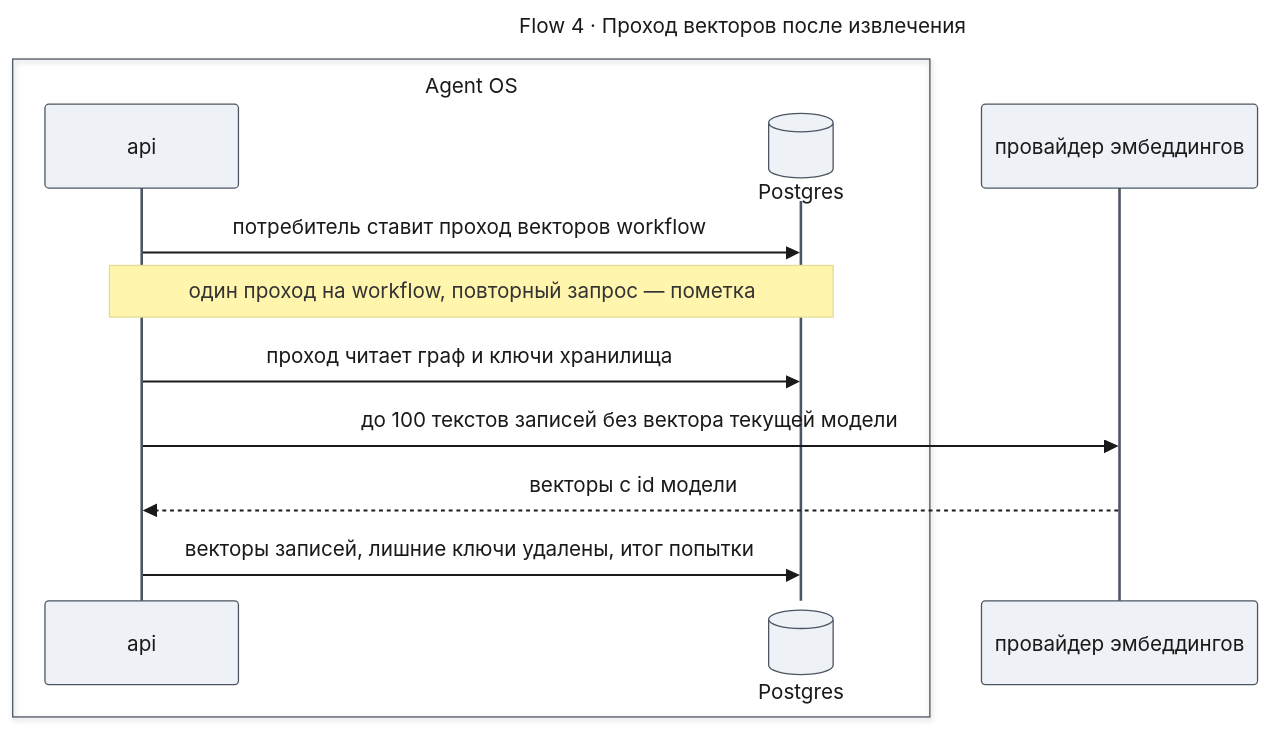
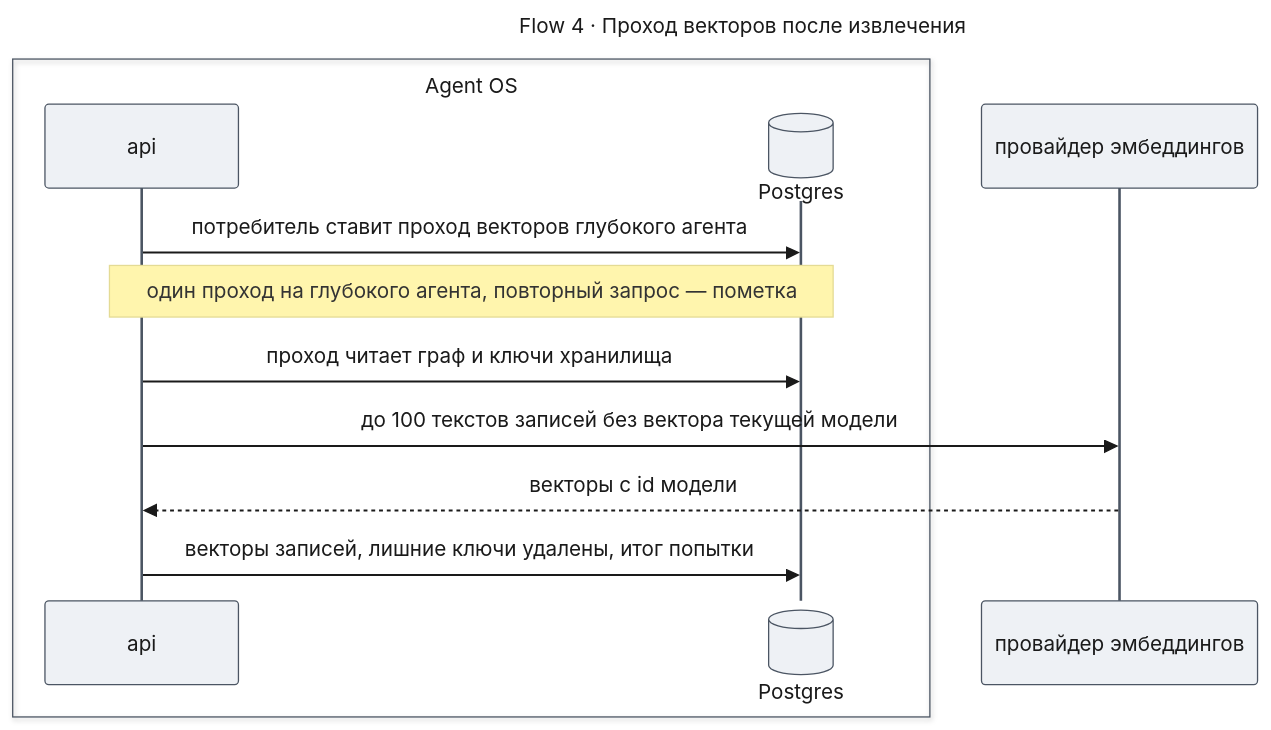
One commit to tundraray/agent-os changed the ninth of 11 diagrams in docs/features/self-learning/design-core.md. Above: the diagram before and after it, drawn with Mermaid. The commit also changed other lines of this file and 13 other files, not shown here.

````diff
--- a/docs/features/self-learning/design-core.md
+++ b/docs/features/self-learning/design-core.md
@@ -710,33 +698,33 @@
 ```mermaid
 ---
 title: "Flow 4 · Проход векторов после извлечения"
 config:
   theme: base
   look: classic
   themeVariables:
     primaryColor: "#eef1f5"
     primaryBorderColor: "#4b5563"
     primaryTextColor: "#1a1a1a"
     lineColor: "#6b7280"
   themeCSS: |
     @keyframes lit_f4{0%,18%{stroke:#991b1b;stroke-width:6px}20%,100%{stroke:#37474f;stroke-width:2px}}
     @keyframes litr_f4{0%,18%{stroke:#1d4ed8;stroke-width:6px}20%,100%{stroke:#37474f;stroke-width:2px}}
     .messageLine0[data-id='i0'],.messageLine1[data-id='i0']{animation:lit_f4 6s linear 0s infinite}
     .messageLine0[data-id='i2'],.messageLine1[data-id='i2']{animation:litr_f4 6s linear 1.2s infinite}
     .messageLine0[data-id='i3'],.messageLine1[data-id='i3']{animation:lit_f4 6s linear 2.4s infinite}
     .messageLine0[data-id='i4'],.messageLine1[data-id='i4']{animation:litr_f4 6s linear 3.6s infinite}
     .messageLine0[data-id='i5'],.messageLine1[data-id='i5']{animation:lit_f4 6s linear 4.8s infinite}
 ---
 sequenceDiagram
     box Agent OS
         participant api
         participant DB@{ "type": "database" } as Postgres
     end
     participant EMB as провайдер эмбеддингов
-    api->>DB: потребитель ставит проход векторов workflow
-    Note over api,DB: один проход на workflow, повторный запрос — пометка
+    api->>DB: потребитель ставит проход векторов глубокого агента
+    Note over api,DB: один проход на глубокого агента, повторный запрос — пометка
     api->>DB: проход читает граф и ключи хранилища
     api->>EMB: до 100 текстов записей без вектора текущей модели
     EMB-->>api: векторы с id модели
     api->>DB: векторы записей, лишние ключи удалены, итог попытки
 ```
````
